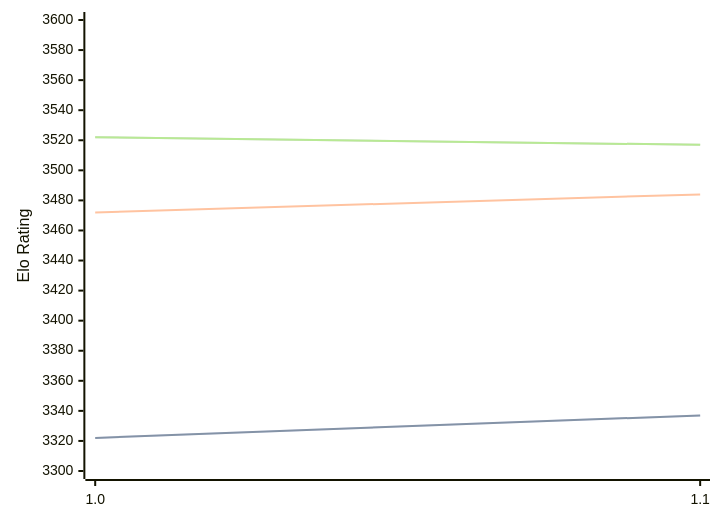
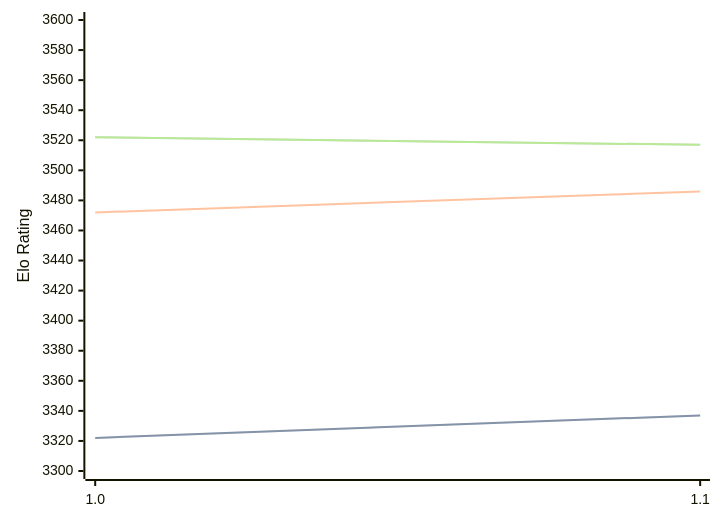
Before and after one commit to computer-chess-index/cci: the first of 3 diagrams in engines/Horsie.md, drawn with Mermaid. The commit also changed other lines of this file, not shown here.

````diff
--- a/engines/Horsie.md
+++ b/engines/Horsie.md
@@ -32,11 +32,11 @@
 ```mermaid
 %%{init: {"theme":"base","themeVariables":{"seriesColors:['#a3a3a3','#222221','#faa371']}}}%%
 xychart-beta
   x-axis ["1.0", "1.1"]
   y-axis "Elo Rating" 3300 --> 3600
   line "STC (8.0+0.08s)" [3322, 3337]
   line "STC (8.0+0.08s)" [3322, 3337]
-  line "LTC (60.0+0.60s)" [3472, 3484]
+  line "LTC (60.0+0.60s)" [3472, 3486]
   line "VLTC (2m24s+1.12s)" [3522, 3517]
   line "VLTC (2m24s+1.12s)" [3522, 3517]
 ```
````
